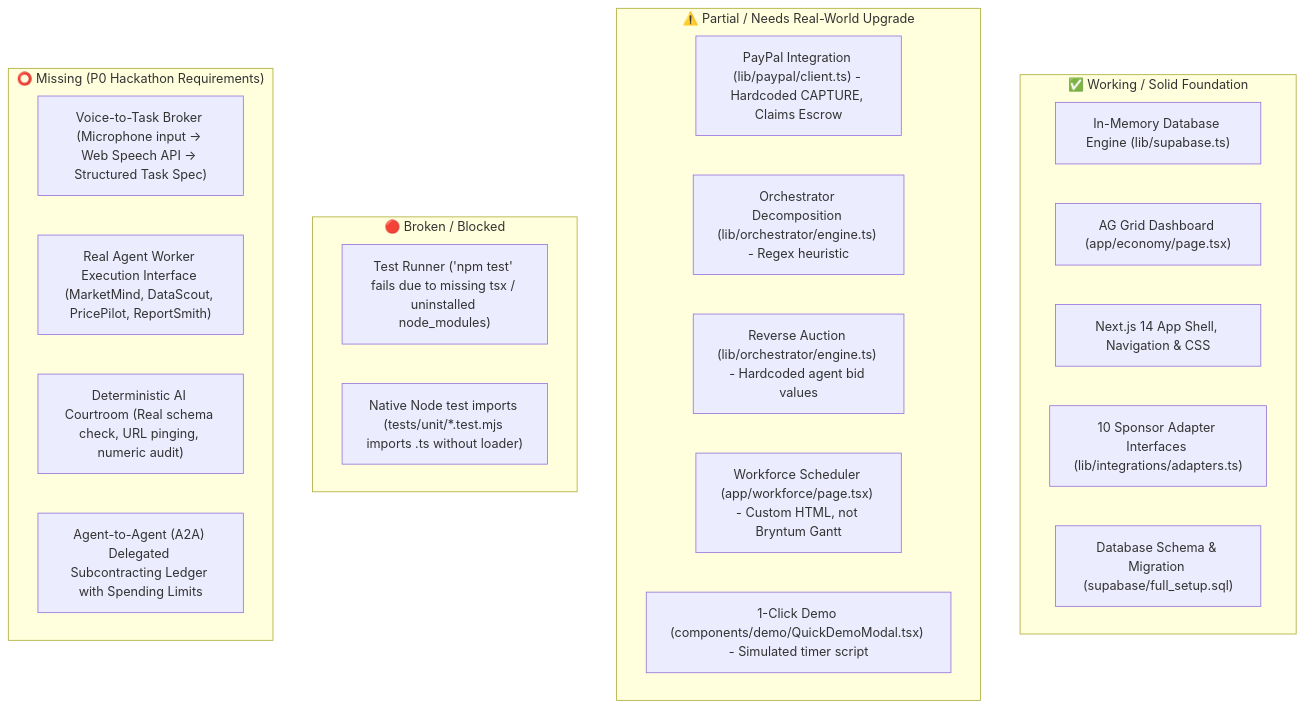
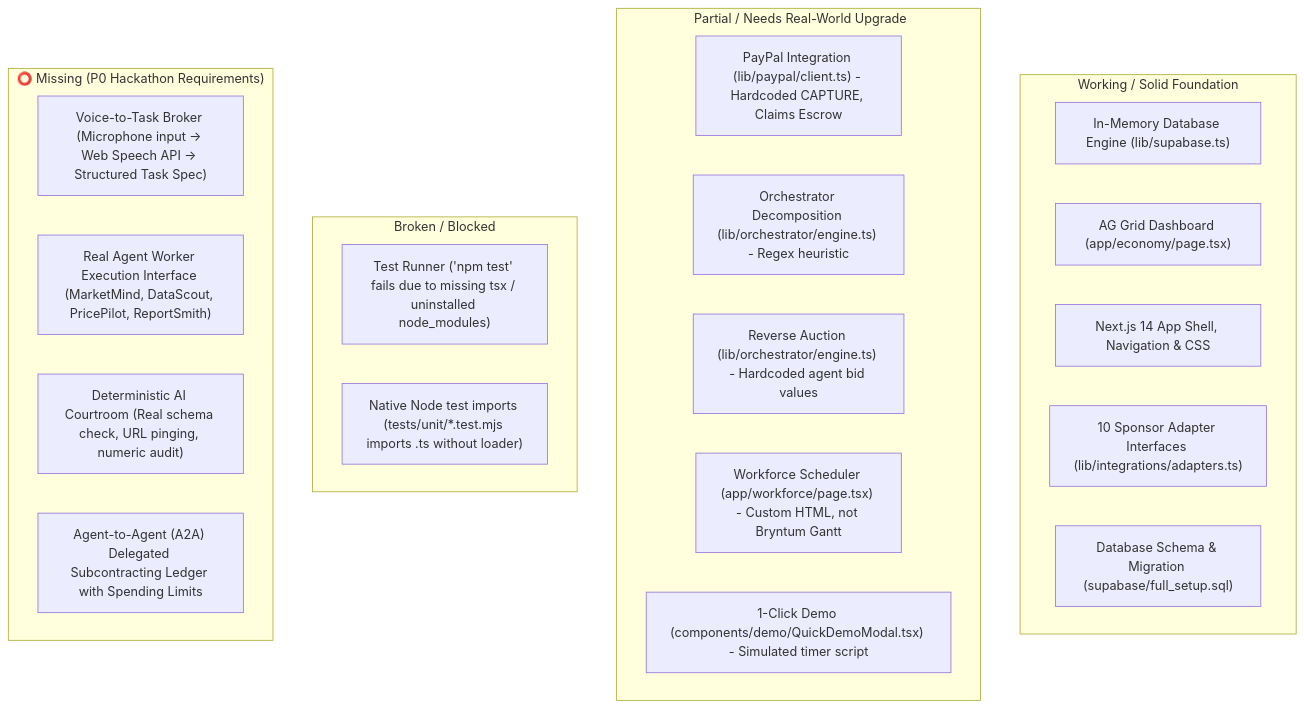
One commit to Rachit-Tiwari-7/PAYGENT changed the first of 3 diagrams in PAYGENT_MASTER_EXECUTION_PLAN.md. Above: the diagram before and after it, drawn with Mermaid. The commit also changed other lines of this file and 45 other files, not shown here.

````diff
--- a/PAYGENT_MASTER_EXECUTION_PLAN.md
+++ b/PAYGENT_MASTER_EXECUTION_PLAN.md
@@ -13,30 +13,30 @@
 ```mermaid
 flowchart TD
-    subgraph Working["✅ Working / Solid Foundation"]
+    subgraph Working[" Working / Solid Foundation"]
         W1["In-Memory Database Engine (lib/supabase.ts)"]
         W2["AG Grid Dashboard (app/economy/page.tsx)"]
         W3["Next.js 14 App Shell, Navigation & CSS"]
         W4["10 Sponsor Adapter Interfaces (lib/integrations/adapters.ts)"]
         W5["Database Schema & Migration (supabase/full_setup.sql)"]
     end
 
-    subgraph Partial["⚠️ Partial / Needs Real-World Upgrade"]
+    subgraph Partial["️ Partial / Needs Real-World Upgrade"]
         P1["PayPal Integration (lib/paypal/client.ts) - Hardcoded CAPTURE, Claims Escrow"]
         P2["Orchestrator Decomposition (lib/orchestrator/engine.ts) - Regex heuristic"]
         P3["Reverse Auction (lib/orchestrator/engine.ts) - Hardcoded agent bid values"]
         P4["Workforce Scheduler (app/workforce/page.tsx) - Custom HTML, not Bryntum Gantt"]
         P5["1-Click Demo (components/demo/QuickDemoModal.tsx) - Simulated timer script"]
     end
 
-    subgraph Broken["🔴 Broken / Blocked"]
+    subgraph Broken[" Broken / Blocked"]
         B1["Test Runner ('npm test' fails due to missing tsx / uninstalled node_modules)"]
         B2["Native Node test imports (tests/unit/*.test.mjs imports .ts without loader)"]
     end
 
     subgraph Missing["⭕ Missing (P0 Hackathon Requirements)"]
         M1["Voice-to-Task Broker (Microphone input -> Web Speech API -> Structured Task Spec)"]
         M2["Real Agent Worker Execution Interface (MarketMind, DataScout, PricePilot, ReportSmith)"]
         M3["Deterministic AI Courtroom (Real schema check, URL pinging, numeric audit)"]
         M4["Agent-to-Agent (A2A) Delegated Subcontracting Ledger with Spending Limits"]
     end
 ```
````
